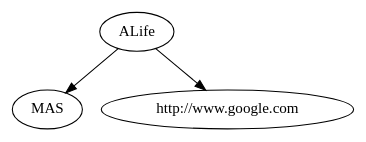
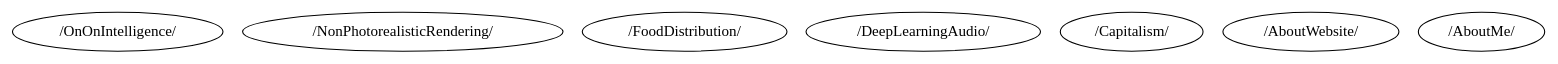
The diagram in website.dot (RemcoTukker/RemcoTukker.github.io.old), drawn with Graphviz before and after one commit. The commit also changed 2 other files, not shown here.

```diff
--- a/website.dot
+++ b/website.dot
@@ -1,7 +1,9 @@
 digraph website {
-  0 [label="MAS", label2="blurp"];
-  1 [label="ALife", label2="blurp"];
-  2 [label="http://www.google.com", label2="blurp"];
-  1 -> 0;
-  1 -> 2;
+  0 [label="/OnOnIntelligence/", label2="more detailed information"];
+  1 [label="/NonPhotorealisticRendering/", label2="more detailed information"];
+  2 [label="/FoodDistribution/", label2="more detailed information"];
+  3 [label="/DeepLearningAudio/", label2="more detailed information"];
+  4 [label="/Capitalism/", label2="more detailed information"];
+  5 [label="/AboutWebsite/", label2="more detailed information"];
+  6 [label="/AboutMe/", label2="more detailed information"];
 }
```
